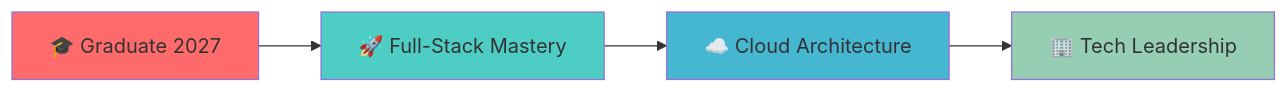
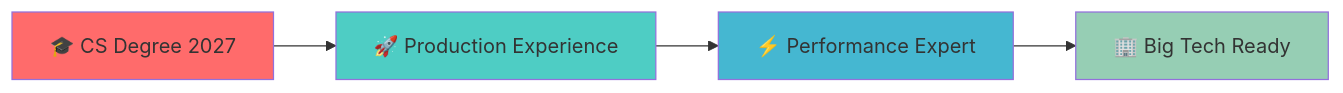
One commit to robert-nguyenn/robert-nguyenn changed the diagram in README.md. Above: the diagram before and after it, drawn with Mermaid. The commit also changed other lines of this file, not shown here.

````diff
--- a/README.md
+++ b/README.md
@@ -104,11 +118,11 @@
 ```mermaid
 graph LR
-    A[🎓 Graduate 2027] --> B[🚀 Full-Stack Mastery]
-    B --> C[☁️ Cloud Architecture]
-    C --> D[🏢 Tech Leadership]
+    A[🎓 CS Degree 2027] --> B[🚀 Production Experience]
+    B --> C[⚡ Performance Expert]
+    C --> D[🏢 Big Tech Ready]
     
     style A fill:#ff6b6b
     style B fill:#4ecdc4
     style C fill:#45b7d1
     style D fill:#96ceb4
 ```
````
